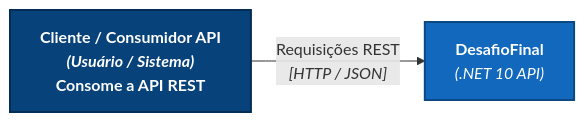
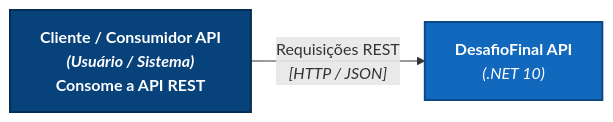
Before and after one commit to JuliermeCosta/DesafioFinal: the first of 3 diagrams in README.md, drawn with Mermaid. The commit also changed other lines of this file, not shown here.

````diff
--- a/README.md
+++ b/README.md
@@ -4,18 +4,18 @@
 ```mermaid
 flowchart LR
     classDef boundaryStyle fill:#2d3748,stroke:#4a5568,stroke-width:2px,color:#fff,font-weight:bold;
     classDef actorStyle fill:#08427b,stroke:#052e56,stroke-width:2px,color:#fff,font-weight:bold;
     classDef systemStyle fill:#1168bd,stroke:#0b4884,stroke-width:2px,color:#fff;
     classDef extSystemStyle fill:#2b6cb0,stroke:#1a365d,stroke-width:2px,color:#fff;
 
     Cliente["<b>Cliente / Consumidor API</b><br/><i>(Usuário / Sistema)</i><br/>Consome a API REST"]
         
-    DesafioFinal["<b>DesafioFinal</b><br/><i>(.NET 10 API)</i>"]
+    DesafioFinal["<b>DesafioFinal API</b><br/><i>(.NET 10)</i>"]
 
     class Title boundaryStyle;
     class Cliente actorStyle;
     class DesafioFinal systemStyle;
     class SQLite extSystemStyle;
 
     Cliente -->|"Requisições REST<br/><i>[HTTP / JSON]</i>"| DesafioFinal
 ```
````
